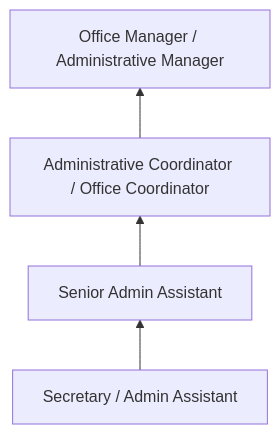
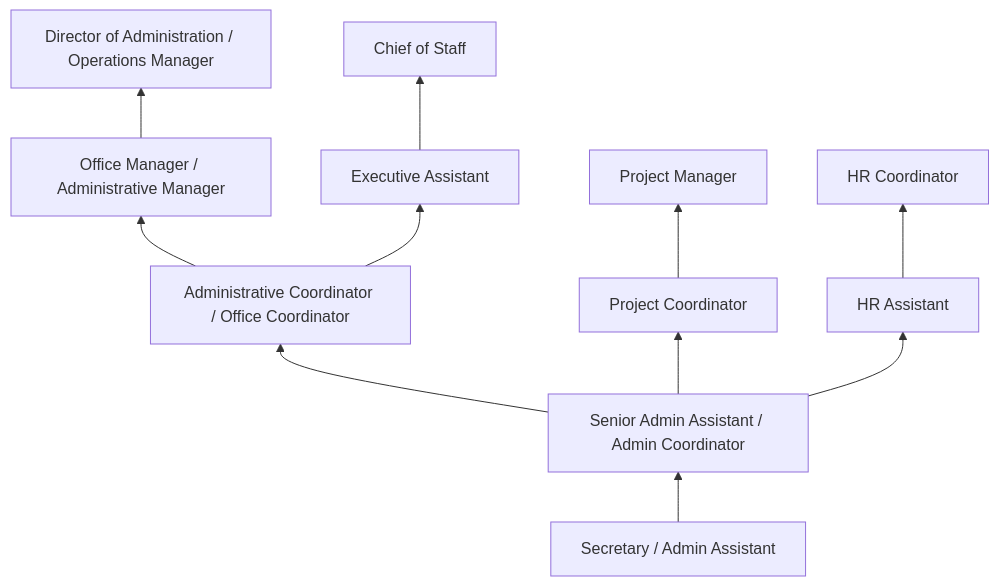
Before and after one commit to kziemski/business.org.ai: the third of 4 diagrams in occupations/Administrative/SecretariesAndAdministrativeAssistantsExceptLegalMedicalAndExecutive.mdx, drawn with Mermaid. The commit also changed other lines of this file and 19 other files, not shown here.

````diff
--- a/occupations/Administrative/SecretariesAndAdministrativeAssistantsExceptLegalMedicalAndExecutive.mdx
+++ b/occupations/Administrative/SecretariesAndAdministrativeAssistantsExceptLegalMedicalAndExecutive.mdx
@@ -74,6 +136,16 @@
 ```mermaid
 graph BT
-    Entry["Secretary / Admin Assistant"] --> Mid["Senior Admin Assistant"]
+    Entry["Secretary / Admin Assistant"] --> Mid["Senior Admin Assistant / Admin Coordinator"]
     Mid --> Lead["Administrative Coordinator / Office Coordinator"]
     Lead --> Manager["Office Manager / Administrative Manager"]
+    Manager --> Director["Director of Administration / Operations Manager"]
+
+    Mid --> Specialist["Project Coordinator"]
+    Specialist --> PM["Project Manager"]
+
+    Mid --> HR["HR Assistant"]
+    HR --> HRSpec["HR Coordinator"]
+
+    Lead --> EA["Executive Assistant"]
+    EA --> Chief["Chief of Staff"]
 ```
````
